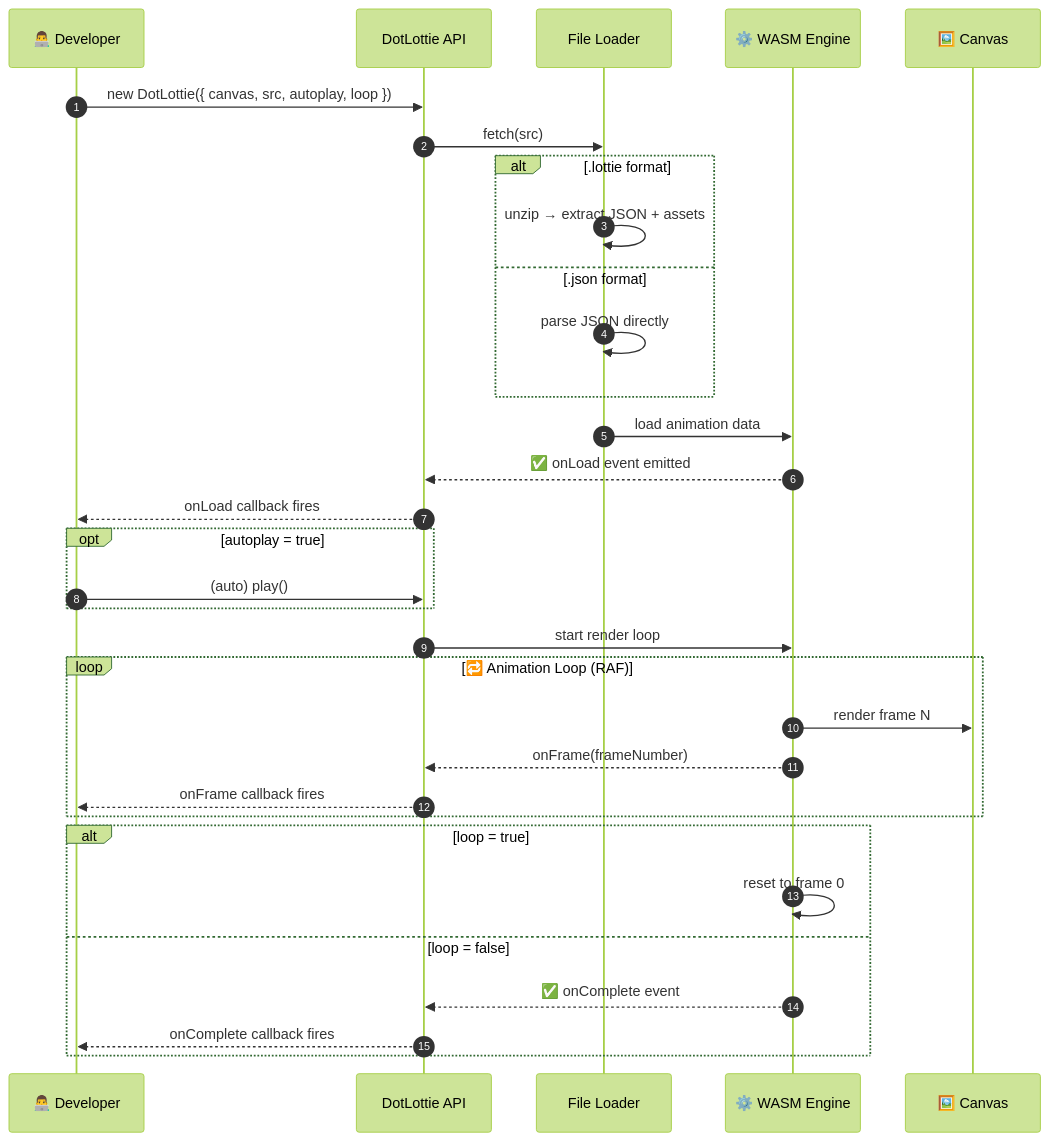
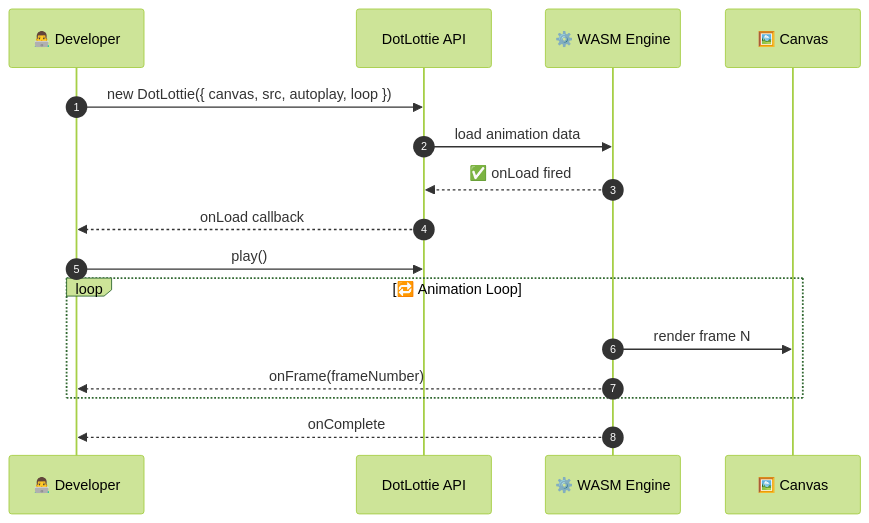
Before and after one commit to vaibhavkumarsingh12/yuj: the third of 4 diagrams in README.md, drawn with Mermaid (forest theme). The commit also changed other lines of this file, not shown here.

````diff
--- a/README.md
+++ b/README.md
@@ -161,38 +86,20 @@
 ```mermaid
 sequenceDiagram
     autonumber
     participant Dev as 👨‍💻 Developer
     participant API as DotLottie API
-    participant Loader as File Loader
     participant WASM as ⚙️ WASM Engine
     participant Canvas as 🖼️ Canvas
 
     Dev->>API: new DotLottie({ canvas, src, autoplay, loop })
-    API->>Loader: fetch(src)
-    alt .lottie format
-        Loader->>Loader: unzip → extract JSON + assets
-    else .json format
-        Loader->>Loader: parse JSON directly
+    API->>WASM: load animation data
+    WASM-->>API: ✅ onLoad fired
+    API-->>Dev: onLoad callback
+
+    Dev->>API: play()
+    loop 🔁 Animation Loop
+        WASM->>Canvas: render frame N
+        WASM-->>Dev: onFrame(frameNumber)
     end
-    Loader->>WASM: load animation data
-    WASM-->>API: ✅ onLoad event emitted
-    API-->>Dev: onLoad callback fires
-
-    opt autoplay = true
-        Dev->>API: (auto) play()
-    end
-
-    API->>WASM: start render loop
-    loop 🔁 Animation Loop (RAF)
-        WASM->>Canvas: render frame N
-        WASM-->>API: onFrame(frameNumber)
-        API-->>Dev: onFrame callback fires
-    end
-
-    alt loop = true
-        WASM->>WASM: reset to frame 0
-    else loop = false
-        WASM-->>API: ✅ onComplete event
-        API-->>Dev: onComplete callback fires
-    end
+    WASM-->>Dev: onComplete
 ```
````
